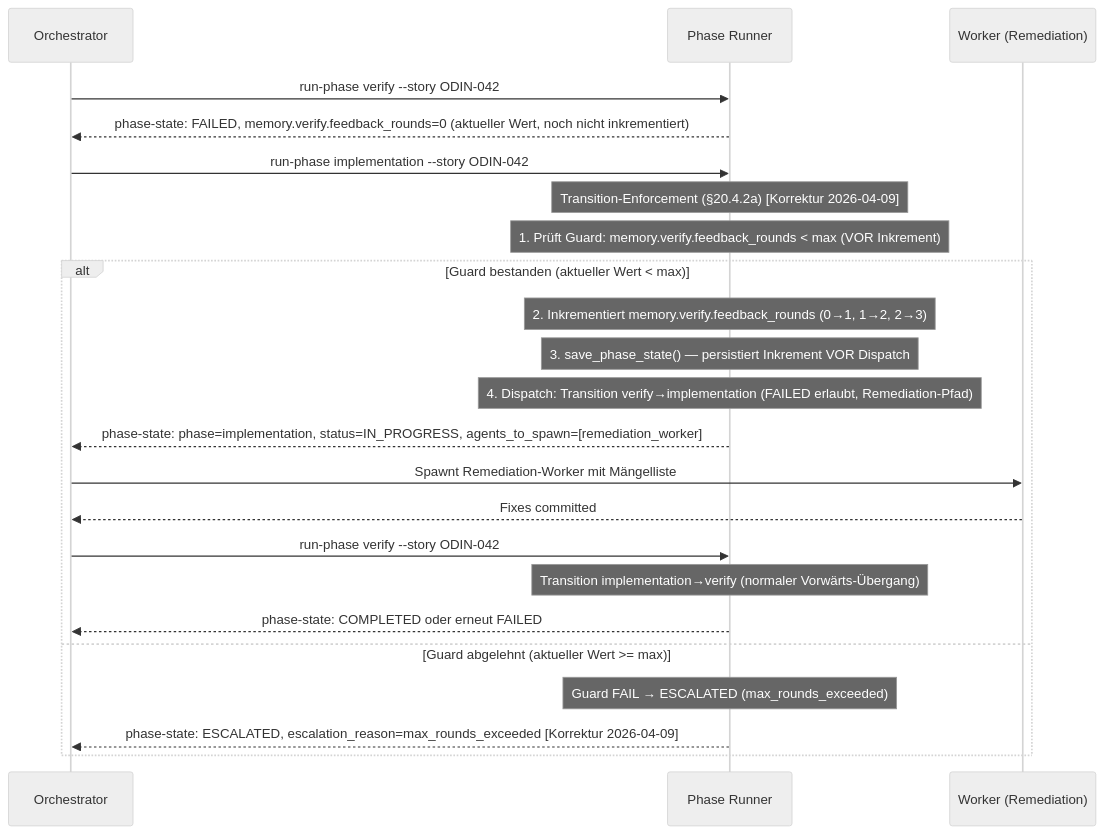
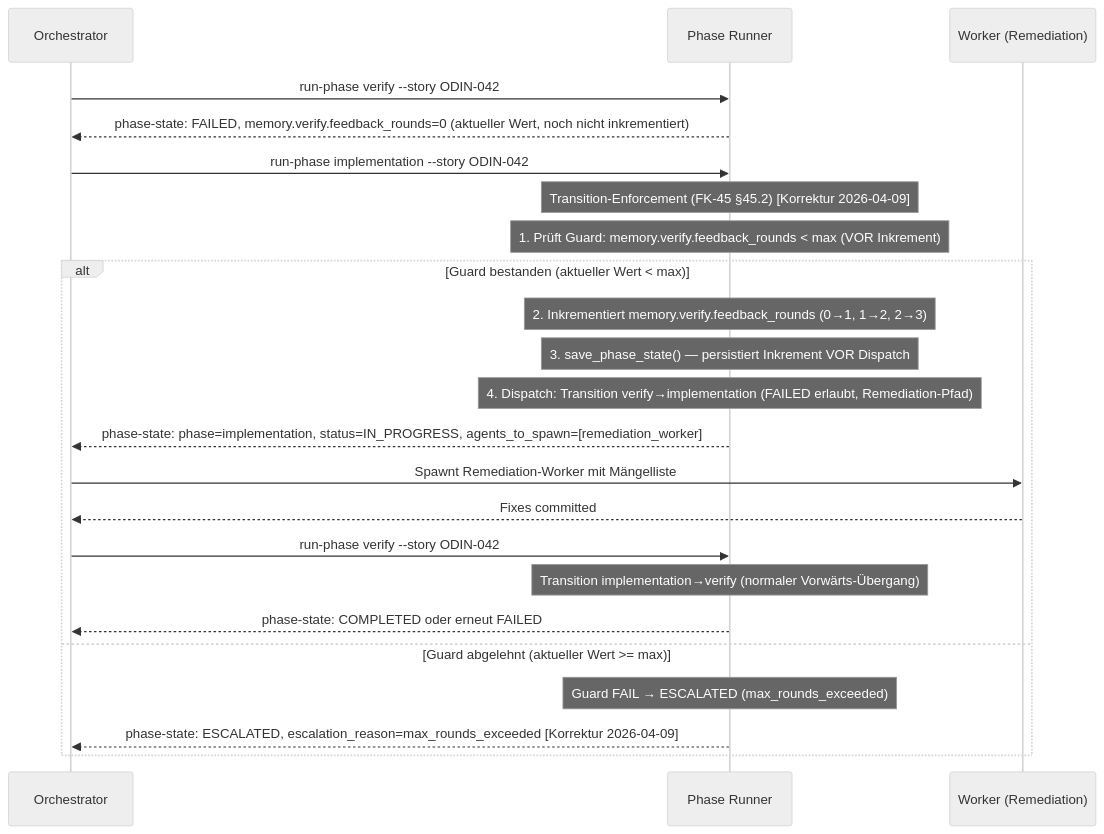
The third of 3 diagrams in concept/technical-design/20_workflow_engine_state_machine.md (saltenhof/claude-agentkit3), drawn with Mermaid (neutral theme) before and after one commit. The commit also changed other lines of this file and 112 other files, not shown here.

````diff
--- a/concept/technical-design/20_workflow_engine_state_machine.md
+++ b/concept/technical-design/20_workflow_engine_state_machine.md
@@ -1073,27 +467,27 @@
 ```mermaid
 sequenceDiagram
     participant O as Orchestrator
     participant PR as Phase Runner
     participant W as Worker (Remediation)
 
     O->>PR: run-phase verify --story ODIN-042
     PR-->>O: phase-state: FAILED, memory.verify.feedback_rounds=0 (aktueller Wert, noch nicht inkrementiert)
 
     O->>PR: run-phase implementation --story ODIN-042
-    Note over PR: Transition-Enforcement (§20.4.2a) [Korrektur 2026-04-09]
+    Note over PR: Transition-Enforcement (FK-45 §45.2) [Korrektur 2026-04-09]
     Note over PR: 1. Prüft Guard: memory.verify.feedback_rounds < max (VOR Inkrement)
     alt Guard bestanden (aktueller Wert < max)
         Note over PR: 2. Inkrementiert memory.verify.feedback_rounds (0→1, 1→2, 2→3)
         Note over PR: 3. save_phase_state() — persistiert Inkrement VOR Dispatch
         Note over PR: 4. Dispatch: Transition verify→implementation (FAILED erlaubt, Remediation-Pfad)
         PR-->>O: phase-state: phase=implementation, status=IN_PROGRESS, agents_to_spawn=[remediation_worker]
         O->>W: Spawnt Remediation-Worker mit Mängelliste
         W-->>O: Fixes committed
         O->>PR: run-phase verify --story ODIN-042
         Note over PR: Transition implementation→verify (normaler Vorwärts-Übergang)
         PR-->>O: phase-state: COMPLETED oder erneut FAILED
     else Guard abgelehnt (aktueller Wert >= max)
         Note over PR: Guard FAIL → ESCALATED (max_rounds_exceeded)
         PR-->>O: phase-state: ESCALATED, escalation_reason=max_rounds_exceeded [Korrektur 2026-04-09]
     end
 ```
````
